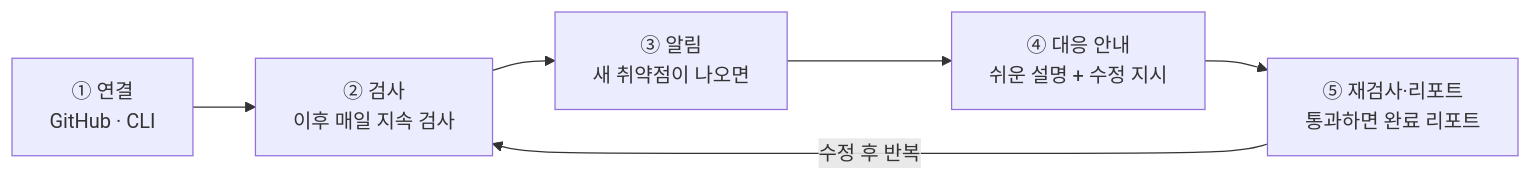
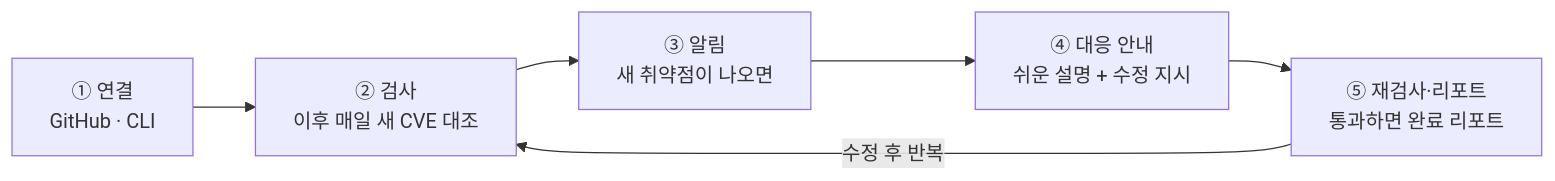
Before and after one commit to maebsy/YMCA-hackathon-2026: the first of 2 diagrams in docs/system-flow.md, drawn with Mermaid. The commit also changed other lines of this file and 1 other file, not shown here.

Commit message:
docs: system-flow '매일 지속 검사'를 '매일 새 CVE 대조'로 통일 (#49)
사용자 흐름 ② 검사 칸이 '매일 지속 검사'라 소스 재다운로드·전체 재검사로 오해될 수 있어,
같은 문서의 '매일 지키기 · 매일 새 CVE 대조'와 같은 말로 바꾸고, 저장한 의존성 목록(SCA)만 대조한다는 설명을 더했습니다. (#47 리뷰)

Refs #48

Claude-Session: https://claude.ai/code/session_01YGEYLz62K2hYV56thjTH88

````diff
--- a/docs/system-flow.md
+++ b/docs/system-flow.md
@@ -9,8 +9,8 @@
 ```mermaid
 flowchart LR
-    A["① 연결<br/>GitHub · CLI"] --> B["② 검사<br/>이후 매일 지속 검사"]
+    A["① 연결<br/>GitHub · CLI"] --> B["② 검사<br/>이후 매일 새 CVE 대조"]
     B --> C["③ 알림<br/>새 취약점이 나오면"]
     C --> D["④ 대응 안내<br/>쉬운 설명 + 수정 지시"]
     D --> E["⑤ 재검사·리포트<br/>통과하면 완료 리포트"]
     E -- 수정 후 반복 --> B
 ```
````
